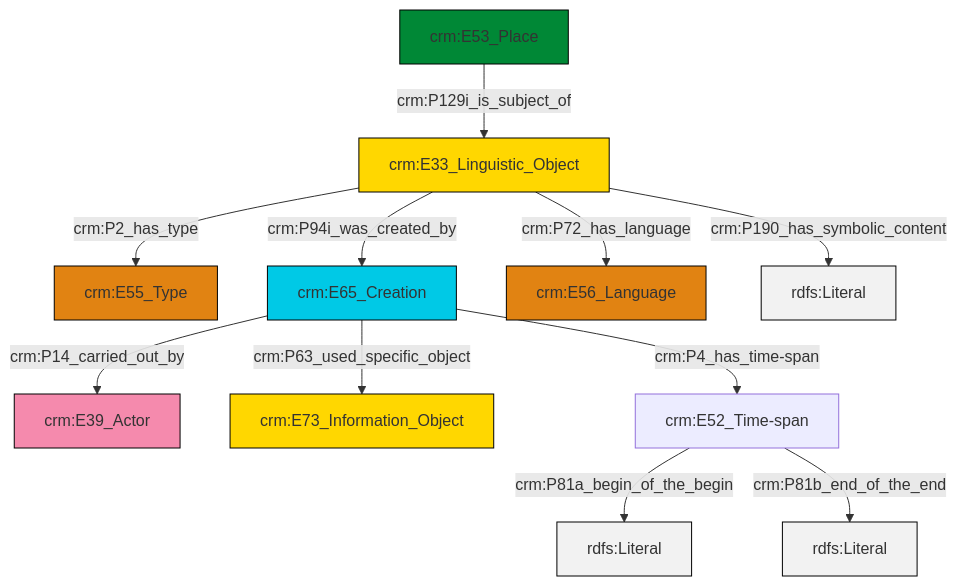
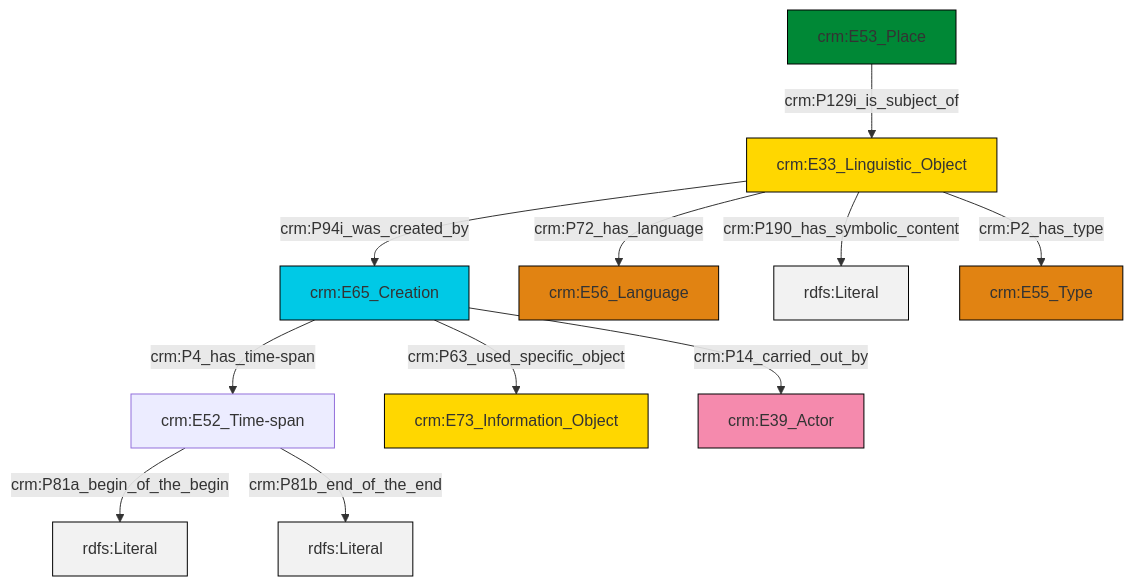
Before and after one commit to swiss-art-research-net/docs.swissartresearch: the diagram in et/placeCSV/ttl/mmd/place_description.ttl.mmd, drawn with Mermaid. The commit also changed 180 other files, not shown here.

```diff
--- a/et/placeCSV/ttl/mmd/place_description.ttl.mmd
+++ b/et/placeCSV/ttl/mmd/place_description.ttl.mmd
@@ -1,25 +1,25 @@
 graph TD
 classDef Literal fill:#f2f2f2,stroke:#000000;
 classDef CRM_Entity fill:#FFFFFF,stroke:#000000;
 classDef Temporal_Entity fill:#00C9E6, stroke:#000000;
 classDef Type fill:#E18312, stroke:#000000;
 classDef Time-Span fill:#2C9C91, stroke:#000000;
 classDef Appellation fill:#FFEB7F, stroke:#000000;
 classDef Place fill:#008836, stroke:#000000;
 classDef Persistent_Item fill:#B266B2, stroke:#000000;
 classDef Conceptual_Object fill:#FFD700, stroke:#000000;
 classDef Physical_Thing fill:#D2B48C, stroke:#000000;
 classDef Actor fill:#f58aad, stroke:#000000;
 classDef PC_Classes fill:#4ce600, stroke:#000000;
 classDef Multi fill:#cccccc,stroke:#000000;
 
-4["crm:E33_Linguistic_Object"]:::Conceptual_Object -->|crm:P2_has_type| 5["crm:E55_Type"]:::Type
-6["crm:E65_Creation"]:::Temporal_Entity -->|crm:P63_used_specific_object| 7["crm:E73_Information_Object"]:::Conceptual_Object
-8["crm:E52_Time-span"]:::Default -->|crm:P81a_begin_of_the_begin| 9[rdfs:Literal]:::Literal
-8["crm:E52_Time-span"]:::Default -->|crm:P81b_end_of_the_end| 13[rdfs:Literal]:::Literal
-4["crm:E33_Linguistic_Object"]:::Conceptual_Object -->|crm:P190_has_symbolic_content| 15[rdfs:Literal]:::Literal
-4["crm:E33_Linguistic_Object"]:::Conceptual_Object -->|crm:P72_has_language| 10["crm:E56_Language"]:::Type
-0["crm:E53_Place"]:::Place -->|crm:P129i_is_subject_of| 4["crm:E33_Linguistic_Object"]:::Conceptual_Object
-6["crm:E65_Creation"]:::Temporal_Entity -->|crm:P14_carried_out_by| 2["crm:E39_Actor"]:::Actor
-6["crm:E65_Creation"]:::Temporal_Entity -->|crm:P4_has_time-span| 8["crm:E52_Time-span"]:::Default
-4["crm:E33_Linguistic_Object"]:::Conceptual_Object -->|crm:P94i_was_created_by| 6["crm:E65_Creation"]:::Temporal_Entity
+0["crm:E65_Creation"]:::Temporal_Entity -->|crm:P4_has_time-span| 1["crm:E52_Time-span"]:::Default
+4["crm:E53_Place"]:::Place -->|crm:P129i_is_subject_of| 2["crm:E33_Linguistic_Object"]:::Conceptual_Object
+2["crm:E33_Linguistic_Object"]:::Conceptual_Object -->|crm:P72_has_language| 7["crm:E56_Language"]:::Type
+1["crm:E52_Time-span"]:::Default -->|crm:P81a_begin_of_the_begin| 8[rdfs:Literal]:::Literal
+2["crm:E33_Linguistic_Object"]:::Conceptual_Object -->|crm:P94i_was_created_by| 0["crm:E65_Creation"]:::Temporal_Entity
+2["crm:E33_Linguistic_Object"]:::Conceptual_Object -->|crm:P190_has_symbolic_content| 13[rdfs:Literal]:::Literal
+0["crm:E65_Creation"]:::Temporal_Entity -->|crm:P14_carried_out_by| 11["crm:E39_Actor"]:::Actor
+2["crm:E33_Linguistic_Object"]:::Conceptual_Object -->|crm:P2_has_type| 14["crm:E55_Type"]:::Type
+1["crm:E52_Time-span"]:::Default -->|crm:P81b_end_of_the_end| 15[rdfs:Literal]:::Literal
+0["crm:E65_Creation"]:::Temporal_Entity -->|crm:P63_used_specific_object| 9["crm:E73_Information_Object"]:::Conceptual_Object
```
